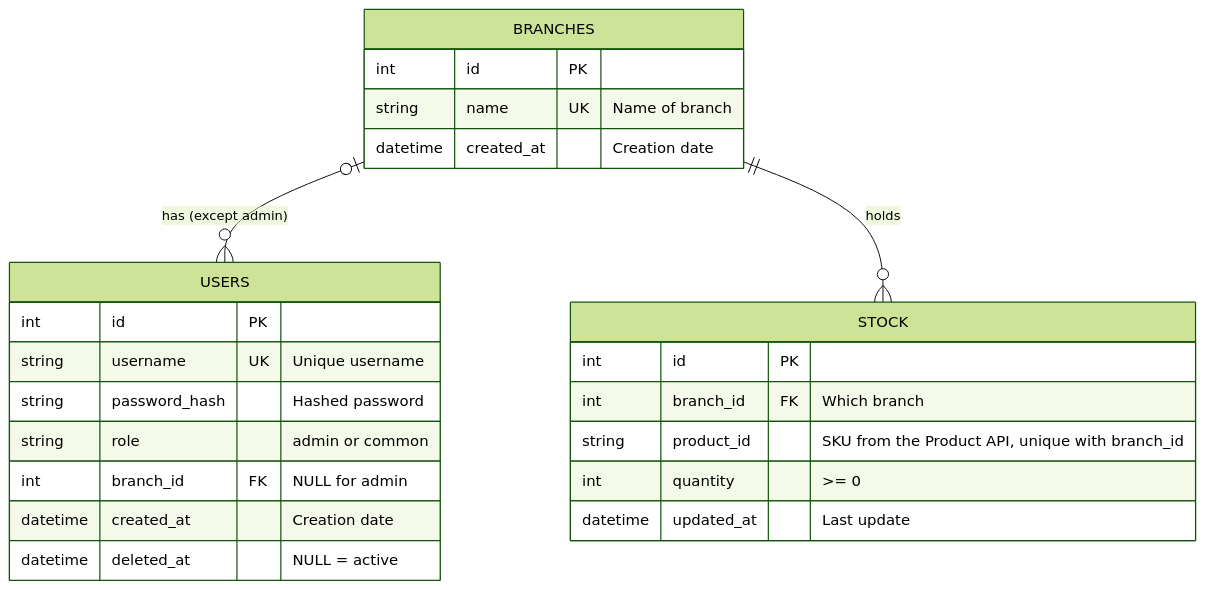
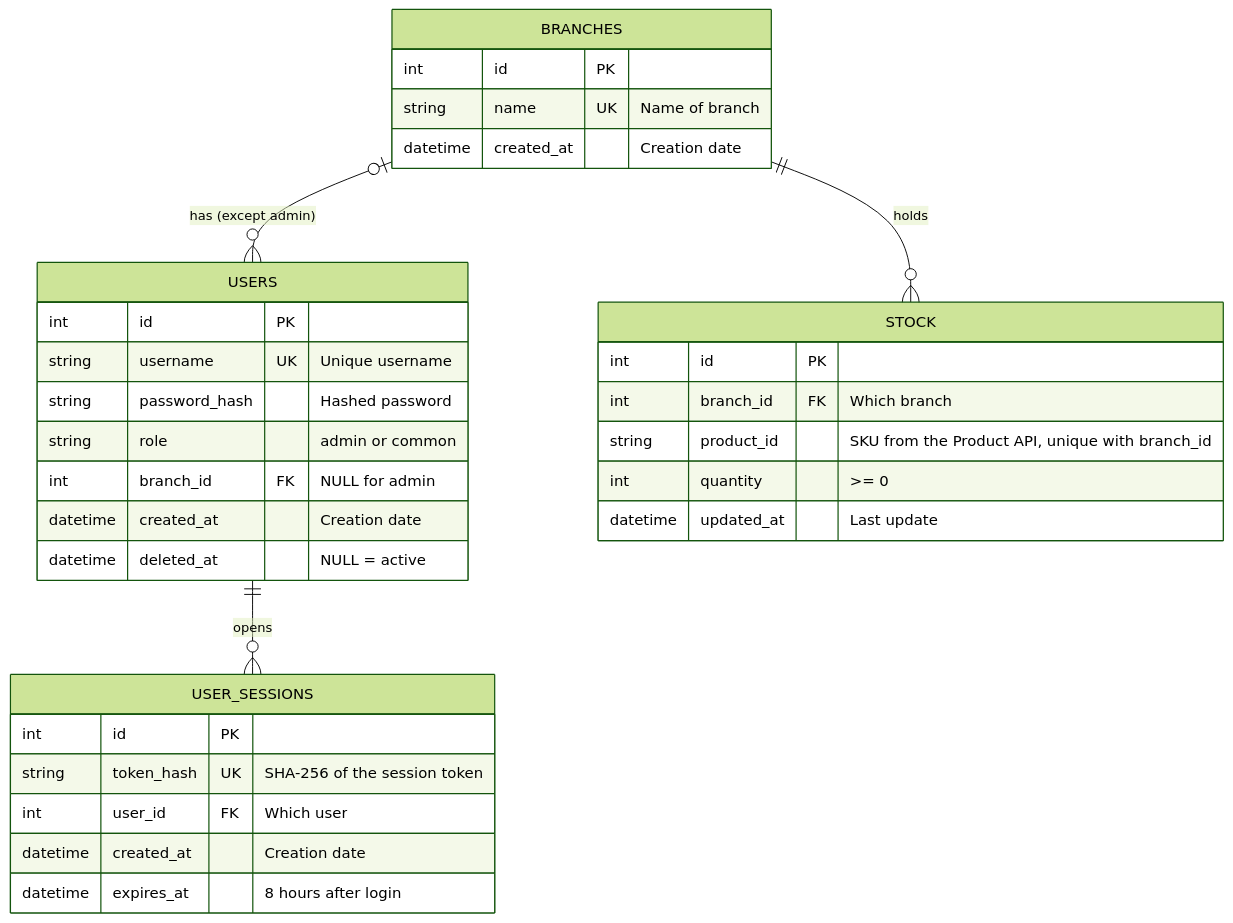
One commit to The-TO/HBntory_T_T_D changed the diagram in docs/database.md. Above: the diagram before and after it, drawn with Mermaid (forest theme). The commit also changed other lines of this file and 10 other files, not shown here.

````diff
--- a/docs/database.md
+++ b/docs/database.md
@@ -71,26 +75,34 @@
 ```mermaid
 erDiagram
    BRANCHES |o--o{ USERS : "has (except admin)"
    BRANCHES ||--o{ STOCK : holds
+   USERS ||--o{ USER_SESSIONS : opens
    BRANCHES {
        int id PK
        string name UK "Name of branch"
        datetime created_at "Creation date"
    }
    USERS {
        int id PK
        string username UK "Unique username"
        string password_hash "Hashed password"
        string role "admin or common"
        int branch_id FK "NULL for admin"
        datetime created_at "Creation date"
        datetime deleted_at "NULL = active"
    }
    STOCK {
        int id PK
        int branch_id FK "Which branch"
        string product_id "SKU from the Product API, unique with branch_id"
        int quantity ">= 0"
        datetime updated_at "Last update"
    }
+   USER_SESSIONS {
+       int id PK
+       string token_hash UK "SHA-256 of the session token"
+       int user_id FK "Which user"
+       datetime created_at "Creation date"
+       datetime expires_at "8 hours after login"
+   }
 ```
````
